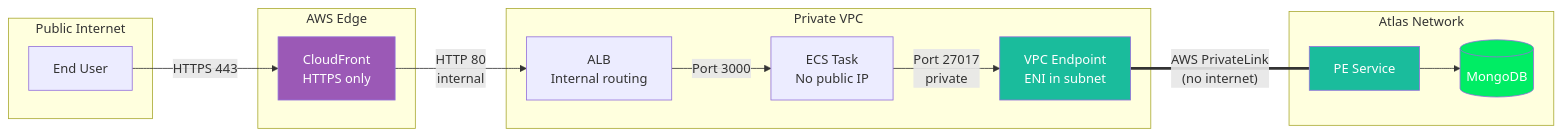
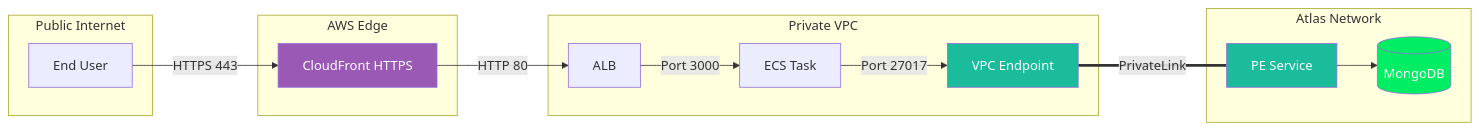
The eighth of 10 diagrams in FLOW.md (ramonfnasc12/mms-personalized-demo), drawn with Mermaid before and after one commit. The commit also changed other lines of this file and 1 other file, not shown here.

First line of the commit message:
Add production architecture documentation

````diff
--- a/FLOW.md
+++ b/FLOW.md
@@ -349,33 +349,33 @@
 ```mermaid
 flowchart LR
     subgraph Public["Public Internet"]
         User[End User]
     end
 
     subgraph Edge["AWS Edge"]
-        CF[CloudFront<br/>HTTPS only]
+        CF[CloudFront HTTPS]
     end
 
     subgraph VPC["Private VPC"]
-        ALB[ALB<br/>Internal routing]
-        ECS[ECS Task<br/>No public IP]
-        VPCE[VPC Endpoint<br/>ENI in subnet]
+        ALB[ALB]
+        ECS[ECS Task]
+        VPCE[VPC Endpoint]
     end
 
     subgraph AtlasNet["Atlas Network"]
         PES[PE Service]
         DB[(MongoDB)]
     end
 
     User -->|HTTPS 443| CF
-    CF -->|HTTP 80<br/>internal| ALB
+    CF -->|HTTP 80| ALB
     ALB -->|Port 3000| ECS
-    ECS -->|Port 27017<br/>private| VPCE
-    VPCE ===|"AWS PrivateLink<br/>(no internet)"| PES
+    ECS -->|Port 27017| VPCE
+    VPCE ===|PrivateLink| PES
     PES --> DB
 
     style CF fill:#9b59b6,color:#fff
     style VPCE fill:#1abc9c,color:#fff
     style PES fill:#1abc9c,color:#fff
     style DB fill:#00ed64,color:#fff
 ```
````
